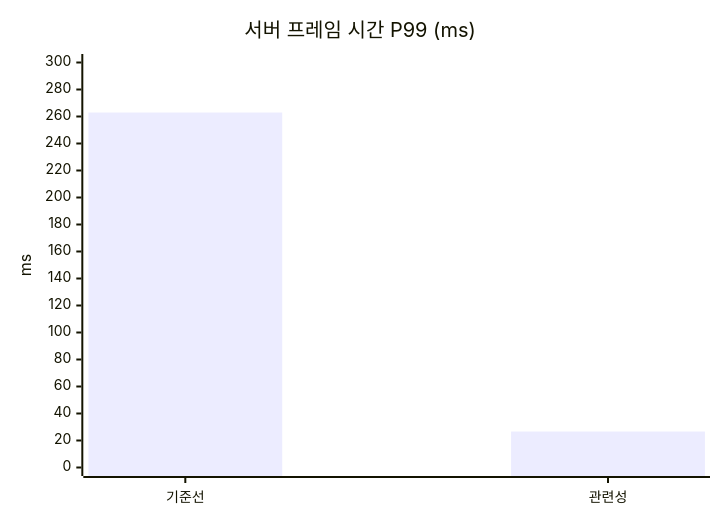
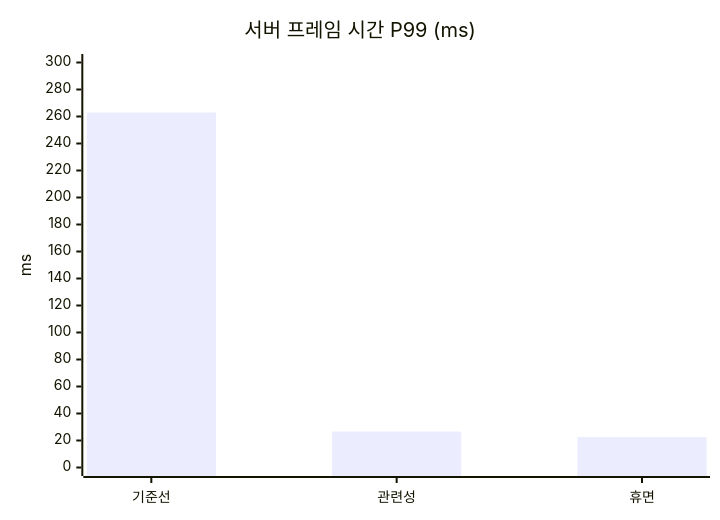
One commit to hon454/ue-dedicated-server-optimization-lab changed the third of 5 diagrams in README.md. Above: the diagram before and after it, drawn with Mermaid. The commit also changed other lines of this file and 10 other files, not shown here.

````diff
--- a/README.md
+++ b/README.md
@@ -103,7 +105,7 @@
 ```mermaid
 xychart-beta
     title "서버 프레임 시간 P99 (ms)"
-    x-axis ["기준선", "관련성"]
+    x-axis ["기준선", "관련성", "휴면"]
     y-axis "ms" 0 --> 300
-    bar [262.96, 26.64]
+    bar [262.96, 26.64, 22.53]
 ```
````
